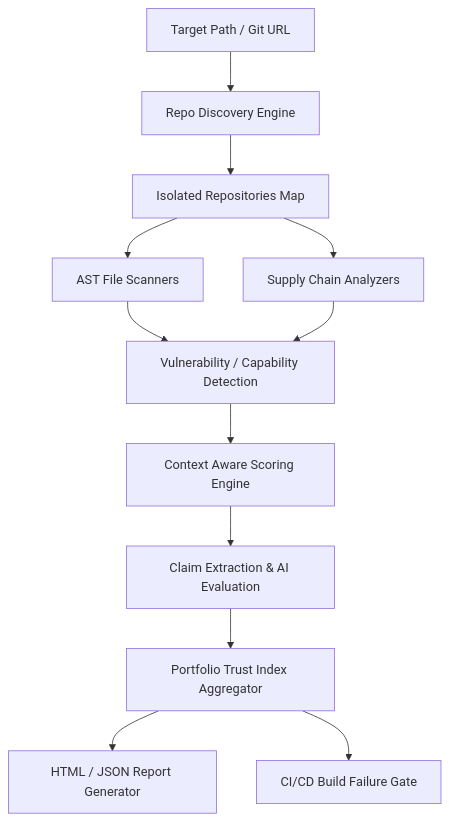
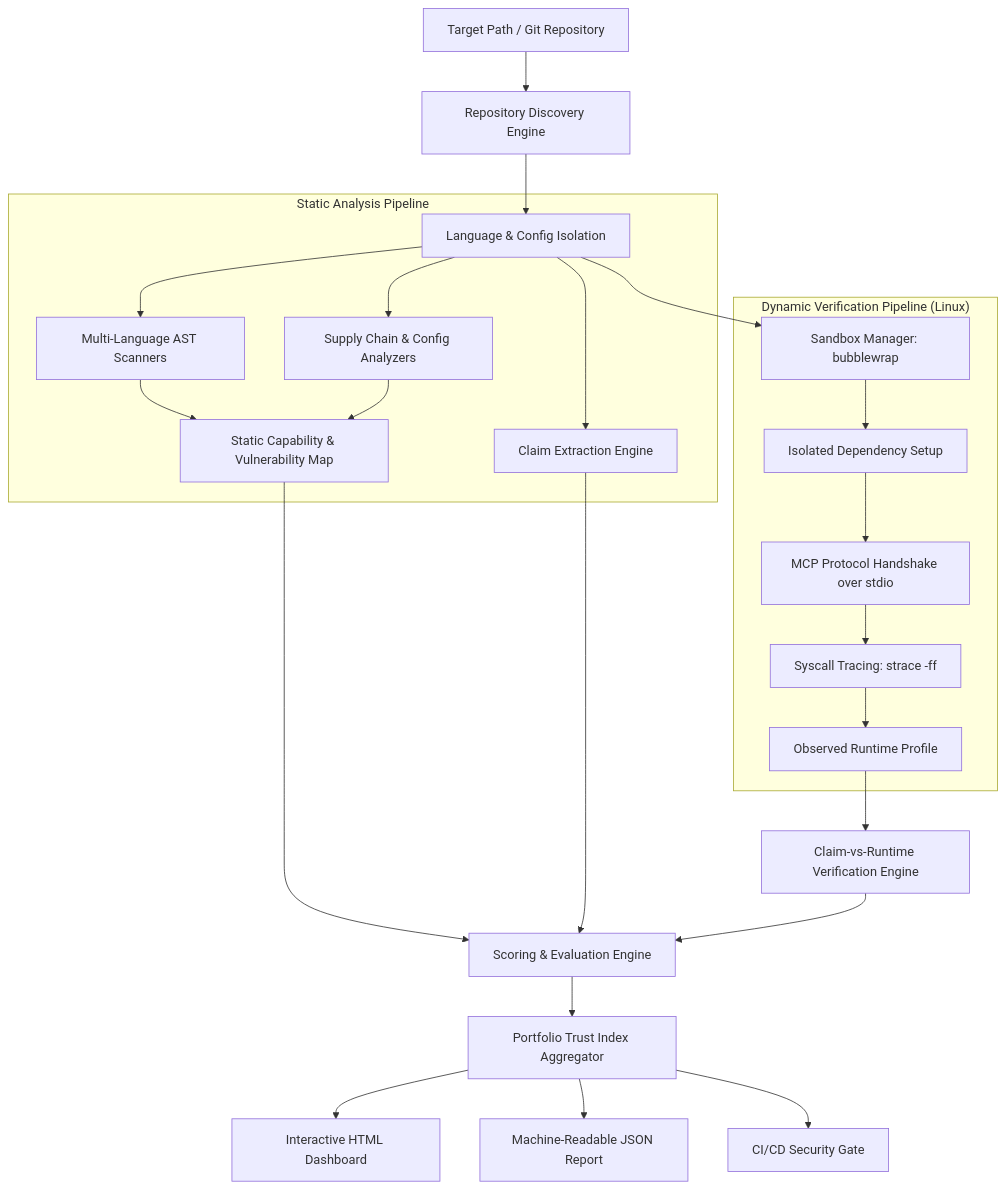
The diagram in README.md (CapedCrusader77/skillguard-oss), drawn with Mermaid before and after one commit. The commit also changed other lines of this file, not shown here.

Commit message:
docs: modernize README with runtime verification highlights, badges, and updated roadmap

````diff
--- a/README.md
+++ b/README.md
@@ -108,14 +118,31 @@
 ```mermaid
 graph TD
-    A[Target Path / Git URL] --> B[Repo Discovery Engine]
-    B --> C[Isolated Repositories Map]
-    C --> D[AST File Scanners]
-    C --> E[Supply Chain Analyzers]
-    D --> F[Vulnerability / Capability Detection]
-    E --> F
-    F --> G[Context Aware Scoring Engine]
-    G --> H[Claim Extraction & AI Evaluation]
-    H --> I[Portfolio Trust Index Aggregator]
-    I --> J[HTML / JSON Report Generator]
-    I --> K[CI/CD Build Failure Gate]
+    A[Target Path / Git Repository] --> B[Repository Discovery Engine]
+    B --> C[Language & Config Isolation]
+
+    subgraph "Static Analysis Pipeline"
+        C --> D[Multi-Language AST Scanners]
+        C --> E[Supply Chain & Config Analyzers]
+        D --> F[Static Capability & Vulnerability Map]
+        E --> F
+        C --> G[Claim Extraction Engine]
+    end
+
+    subgraph "Dynamic Verification Pipeline (Linux)"
+        C --> H[Sandbox Manager: bubblewrap]
+        H --> I[Isolated Dependency Setup]
+        I --> J[MCP Protocol Handshake over stdio]
+        J --> K[Syscall Tracing: strace -ff]
+        K --> L[Observed Runtime Profile]
+    end
+
+    F --> M[Scoring & Evaluation Engine]
+    G --> M
+    L --> N[Claim-vs-Runtime Verification Engine]
+    N --> M
+
+    M --> O[Portfolio Trust Index Aggregator]
+    O --> P[Interactive HTML Dashboard]
+    O --> Q[Machine-Readable JSON Report]
+    O --> R[CI/CD Security Gate]
 ```
````
